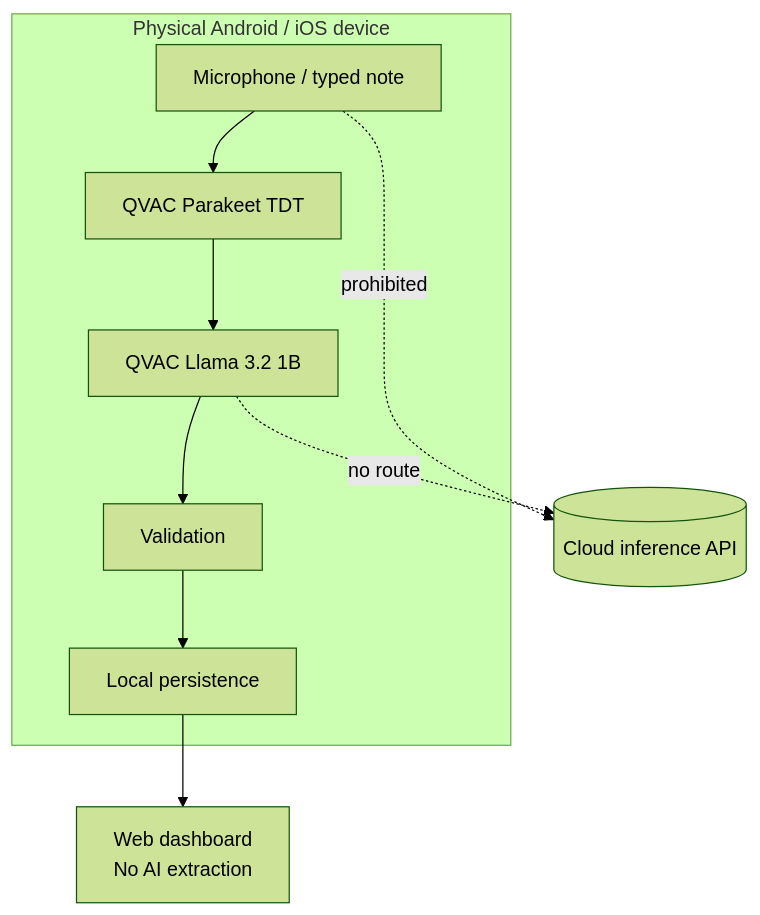
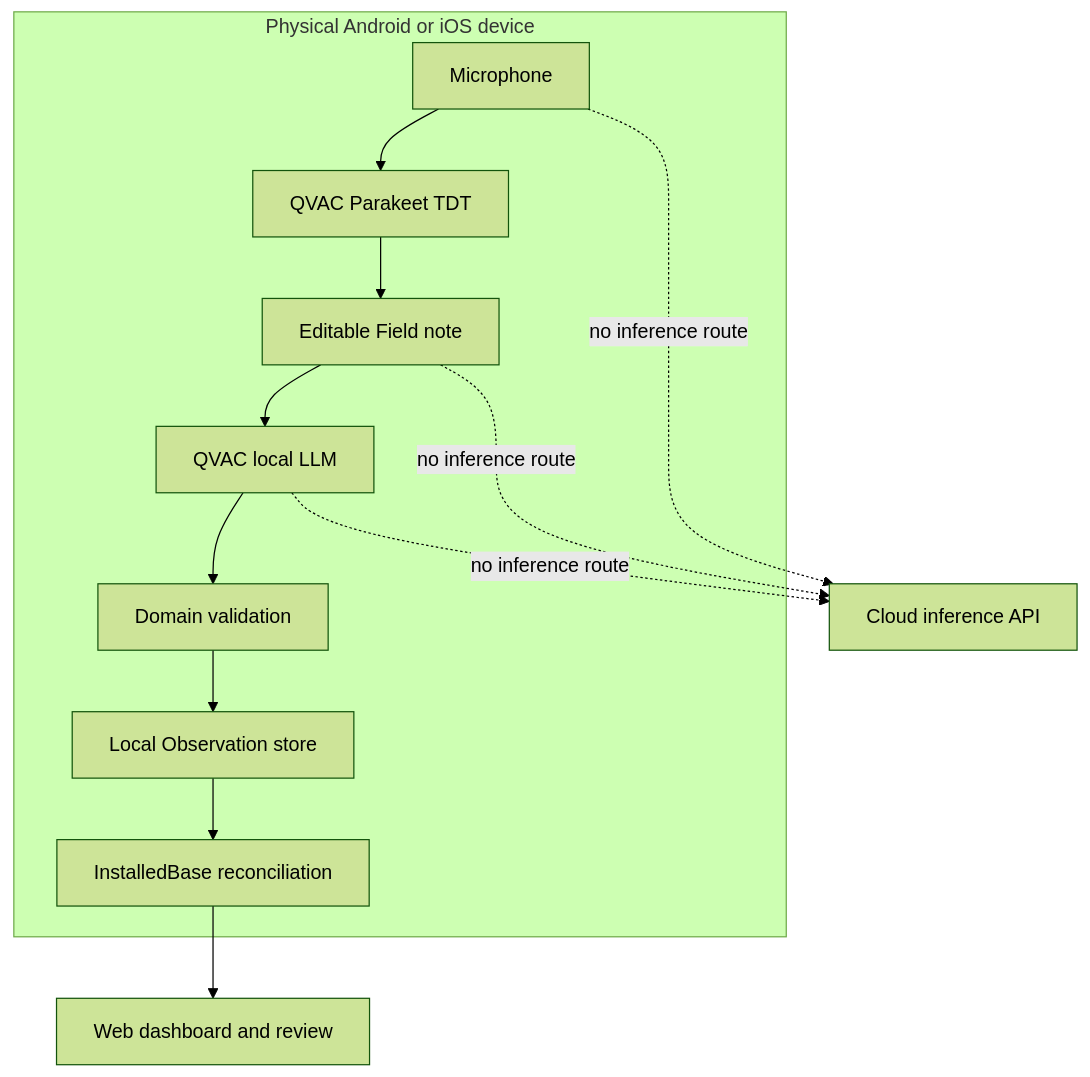
The second of 5 diagrams in README.md (quantumquirkxyz/Caffeine-Express), drawn with Mermaid (forest theme) before and after one commit. The commit also changed other lines of this file, not shown here.

Commit message:
docs: rebuild README for FieldSite and challenge compliance

````diff
--- a/README.md
+++ b/README.md
@@ -83,18 +56,27 @@
 ```mermaid
 flowchart TB
-    subgraph DEVICE["Physical Android / iOS device"]
-      MIC[Microphone / typed note]
-      STT[QVAC Parakeet TDT]
-      LLM[QVAC Llama 3.2 1B]
-      VAL[Validation]
-      STORE[Local persistence]
-      MIC --> STT --> LLM --> VAL --> STORE
+    subgraph DEVICE[Physical Android or iOS device]
+        MIC[Microphone]
+        NOTE[Editable Field note]
+        STT[QVAC Parakeet TDT]
+        LLM[QVAC local LLM]
+        VALIDATE[Domain validation]
+        STORE[Local Observation store]
+        BASE[InstalledBase reconciliation]
+
+        MIC --> STT
+        STT --> NOTE
+        NOTE --> LLM
+        LLM --> VALIDATE
+        VALIDATE --> STORE
+        STORE --> BASE
     end
 
-    WEB["Web dashboard\nNo AI extraction"]
-    CLOUD[("Cloud inference API")]
+    WEB[Web dashboard and review]
+    CLOUD[Cloud inference API]
 
-    STORE --> WEB
-    MIC -. prohibited .-> CLOUD
-    LLM -. no route .-> CLOUD
+    BASE --> WEB
+    MIC -. no inference route .-> CLOUD
+    NOTE -. no inference route .-> CLOUD
+    LLM -. no inference route .-> CLOUD
 ```
````
